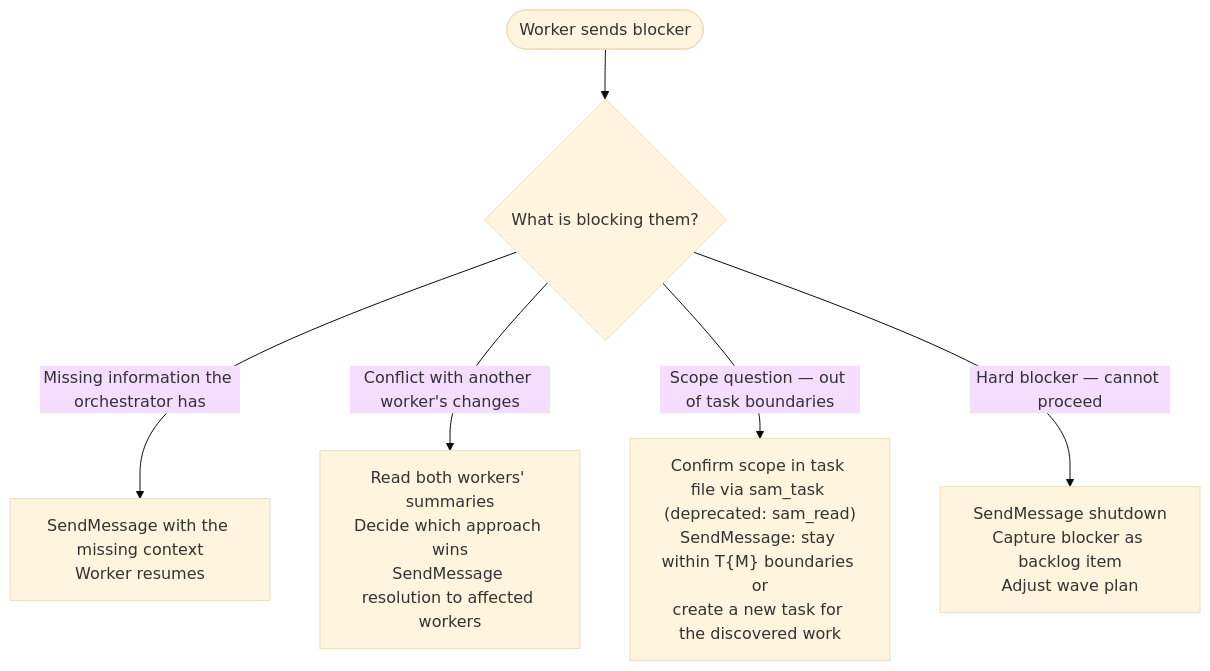
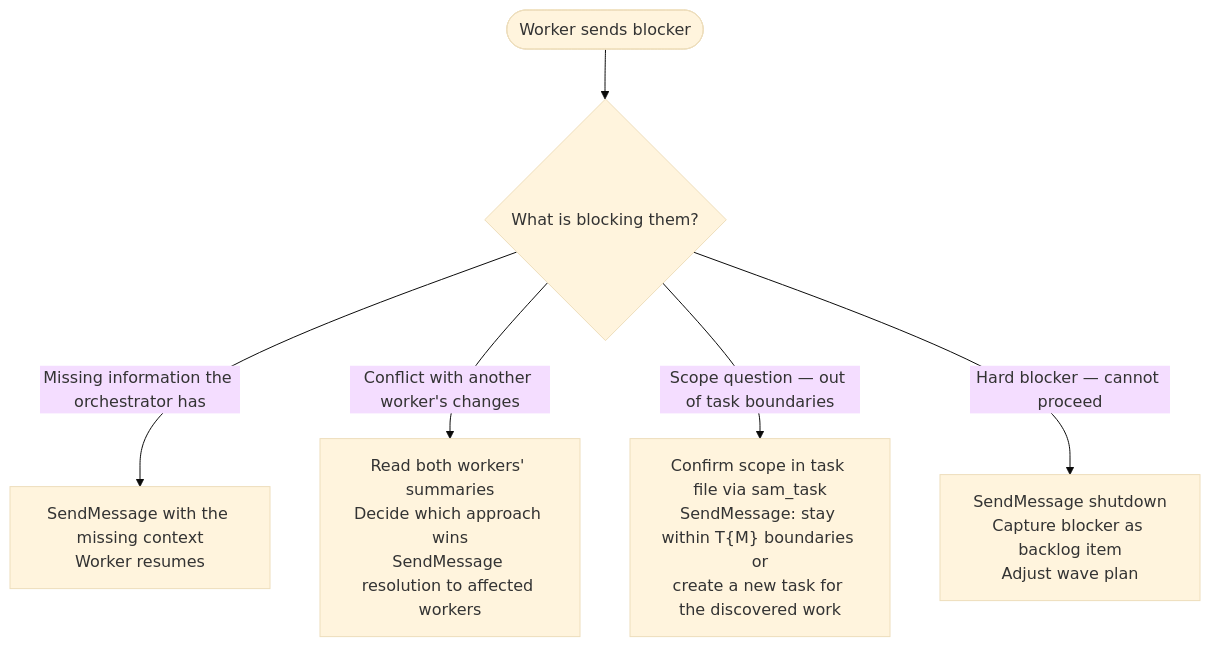
The third of 3 diagrams in plugins/development-harness/skills/dispatch/SKILL.md (chgreer1070/claude_skills), drawn with Mermaid (base theme) before and after one commit. The commit also changed other lines of this file and 38 other files, not shown here.

````diff
--- a/plugins/development-harness/skills/dispatch/SKILL.md
+++ b/plugins/development-harness/skills/dispatch/SKILL.md
@@ -77,8 +77,8 @@
 ```mermaid
 flowchart TD
     Blocker(["Worker sends blocker"]) --> Classify{"What is blocking them?"}
     Classify -->|"Missing information the orchestrator has"| Relay["SendMessage with the missing context<br>Worker resumes"]
     Classify -->|"Conflict with another worker's changes"| Resolve["Read both workers' summaries<br>Decide which approach wins<br>SendMessage resolution to affected workers"]
-    Classify -->|"Scope question — out of task boundaries"| Bound["Confirm scope in task file via sam_task (deprecated: sam_read)<br>SendMessage: stay within T{M} boundaries or<br>create a new task for the discovered work"]
+    Classify -->|"Scope question — out of task boundaries"| Bound["Confirm scope in task file via sam_task<br>SendMessage: stay within T{M} boundaries or<br>create a new task for the discovered work"]
     Classify -->|"Hard blocker — cannot proceed"| Escalate["SendMessage shutdown<br>Capture blocker as backlog item<br>Adjust wave plan"]
 ```
````
